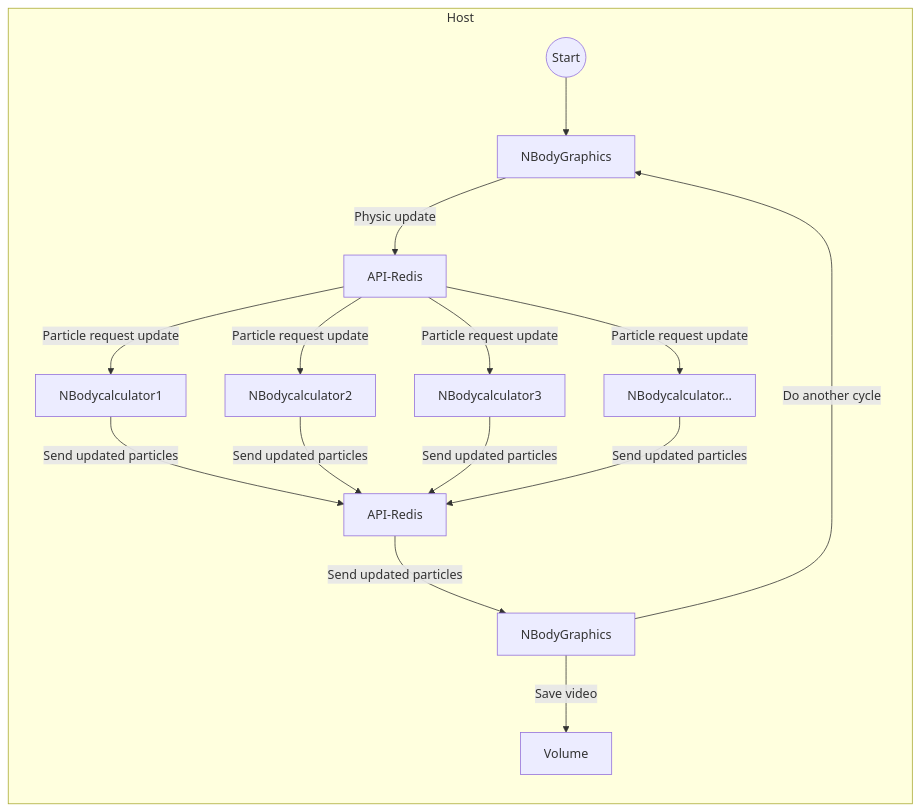
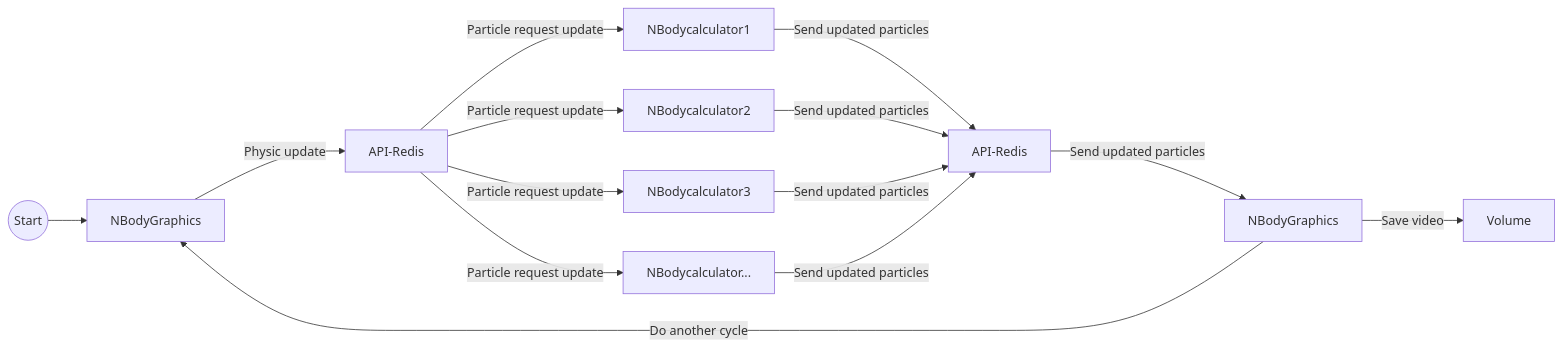
One commit to Im-Rises/nbody-simulator-docker changed the second of 2 diagrams in README.md. Above: the diagram before and after it, drawn with Mermaid. The commit also changed other lines of this file, not shown here.

````diff
--- a/README.md
+++ b/README.md
@@ -116,24 +114,21 @@
 ```mermaid
 graph LR
-    subgraph Host
-    
     A((Start))
     B[NBodyGraphics]
     C[API-Redis]
     D[NBodycalculator1]
     E[NBodycalculator2]
     F[NBodycalculator3]
     G[NBodycalculator...]
     H[API-Redis]
     I[NBodyGraphics]
     J[Volume]
     
     A --> B
     B --> | Physic update | C
     C --> | Particle request update | D & E & F & G
     D & E & F & G --> | Send updated particles | H
     H --> | Send updated particles | I
     I --> | Do another cycle | B
     I --> | Save video | J
-    end
 ```
````
